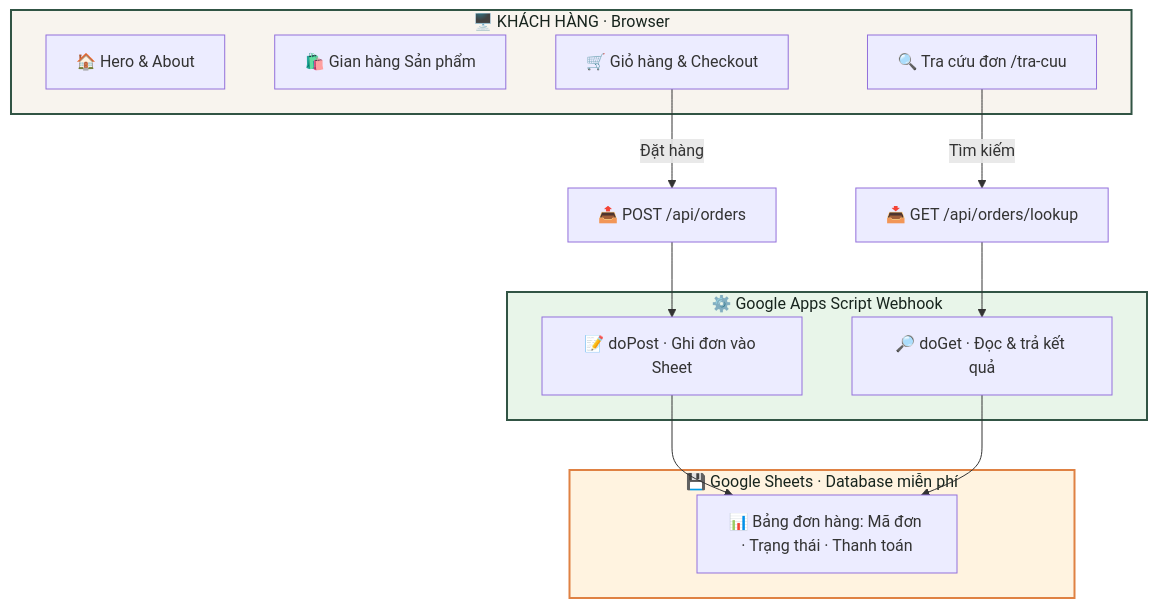
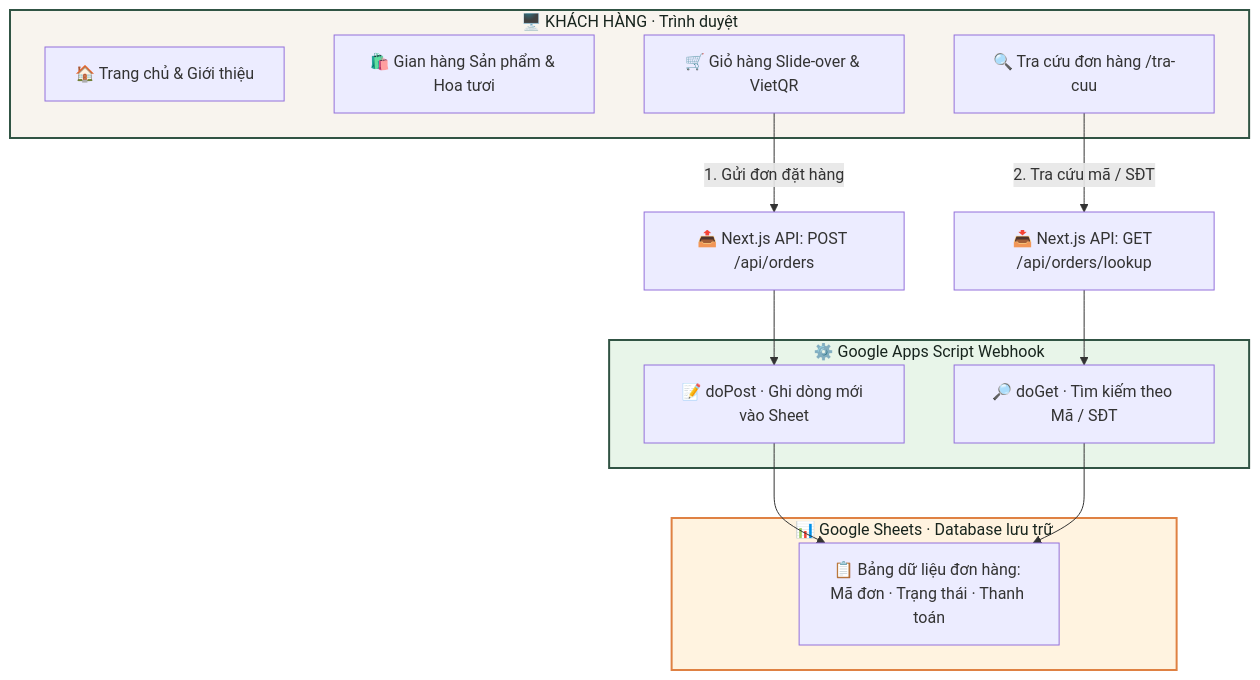
Before and after one commit to Nguyen-Van-Gia-Binh/The-Boys: the diagram in README.md, drawn with Mermaid. The commit also changed other lines of this file and 1 other file, not shown here.

````diff
--- a/README.md
+++ b/README.md
@@ -64,31 +64,31 @@
 ```mermaid
 flowchart TD
-    subgraph CLIENT["🖥️ KHÁCH HÀNG · Browser"]
-        A["🏠 Hero & About"]
-        B["🛍️ Gian hàng Sản phẩm"]
-        C["🛒 Giỏ hàng & Checkout"]
-        D["🔍 Tra cứu đơn /tra-cuu"]
+    subgraph CLIENT["🖥️ KHÁCH HÀNG · Trình duyệt"]
+        A["🏠 Trang chủ & Giới thiệu"]
+        B["🛍️ Gian hàng Sản phẩm & Hoa tươi"]
+        C["🛒 Giỏ hàng Slide-over & VietQR"]
+        D["🔍 Tra cứu đơn hàng /tra-cuu"]
     end
 
-    C -->|"Đặt hàng"| E["📤 POST /api/orders"]
-    D -->|"Tìm kiếm"| F["📥 GET /api/orders/lookup"]
+    C -->|"1. Gửi đơn đặt hàng"| E["📤 Next.js API: POST /api/orders"]
+    D -->|"2. Tra cứu mã / SĐT"| F["📥 Next.js API: GET /api/orders/lookup"]
 
     subgraph GAS["⚙️ Google Apps Script Webhook"]
-        G["📝 doPost · Ghi đơn vào Sheet"]
-        H["🔎 doGet · Đọc & trả kết quả"]
+        G["📝 doPost · Ghi dòng mới vào Sheet"]
+        H["🔎 doGet · Tìm kiếm theo Mã / SĐT"]
     end
 
     E --> G
     F --> H
 
-    subgraph DB["💾 Google Sheets · Database miễn phí"]
-        I["📊 Bảng đơn hàng: Mã đơn · Trạng thái · Thanh toán"]
+    subgraph DB["📊 Google Sheets · Database lưu trữ"]
+        I["📋 Bảng dữ liệu đơn hàng: Mã đơn · Trạng thái · Thanh toán"]
     end
 
     G --> I
     H --> I
 
     style CLIENT fill:#f8f4ee,stroke:#315444,stroke-width:2px,color:#17241d
     style GAS fill:#e8f5e9,stroke:#315444,stroke-width:2px,color:#17241d
     style DB fill:#fff3e0,stroke:#df8143,stroke-width:2px,color:#17241d
 ```
````
